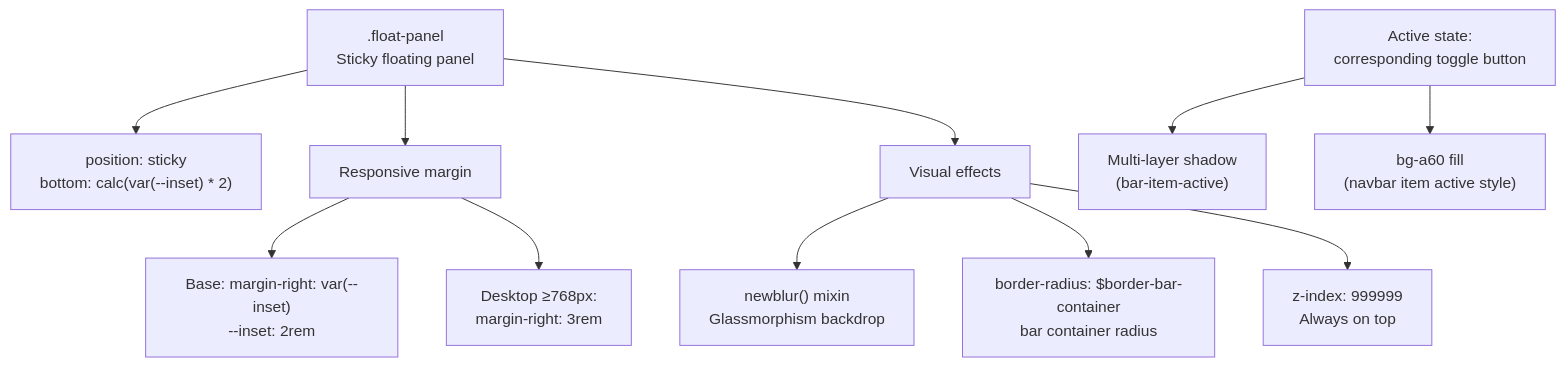
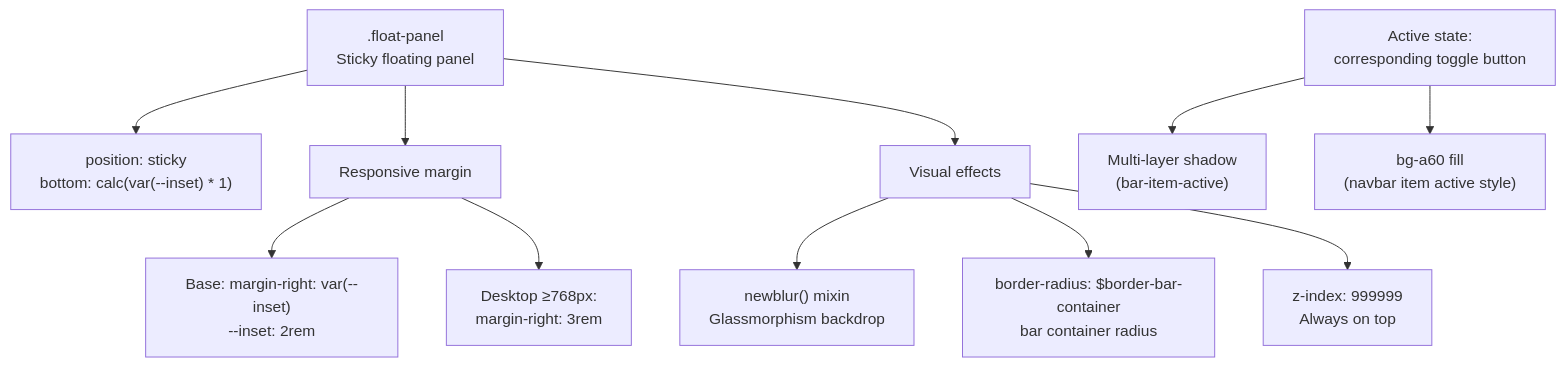
One commit to penndu/hexo changed the third of 5 diagrams in themes/stellar/docs/knowledge/01-样式系统/responsive-design.md. Above: the diagram before and after it, drawn with Mermaid. The commit also changed other lines of this file and 84 other files, not shown here.

````diff
--- a/themes/stellar/docs/knowledge/01-样式系统/responsive-design.md
+++ b/themes/stellar/docs/knowledge/01-样式系统/responsive-design.md
@@ -168,18 +168,18 @@
 ```mermaid
 graph TB
     FloatPanel[".float-panel<br/>Sticky floating panel"]
     
-    FloatPanel --> Position["position: sticky<br/>bottom: calc(var(--inset) * 2)"]
+    FloatPanel --> Position["position: sticky<br/>bottom: calc(var(--inset) * 1)"]
     FloatPanel --> Responsive["Responsive margin"]
     FloatPanel --> Visual["Visual effects"]
     
     Responsive --> MarginBase["Base: margin-right: var(--inset)<br/>--inset: 2rem"]
     Responsive --> MarginDesktop["Desktop ≥768px:<br/>margin-right: 3rem"]
     
     Visual --> Blur["newblur() mixin<br/>Glassmorphism backdrop"]
     Visual --> Radius["border-radius: $border-bar-container<br/>bar container radius"]
     Visual --> ZIndex["z-index: 999999<br/>Always on top"]
     
     StateActive["Active state:<br/>corresponding toggle button"] --> Shadow["Multi-layer shadow<br/>(bar-item-active)"]
     StateActive --> Background["bg-a60 fill<br/>(navbar item active style)"]
 ```
````
